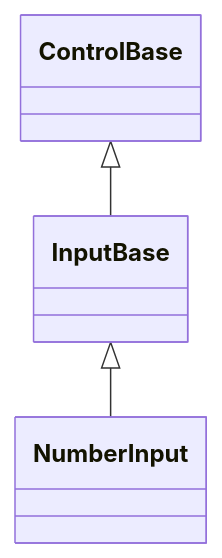
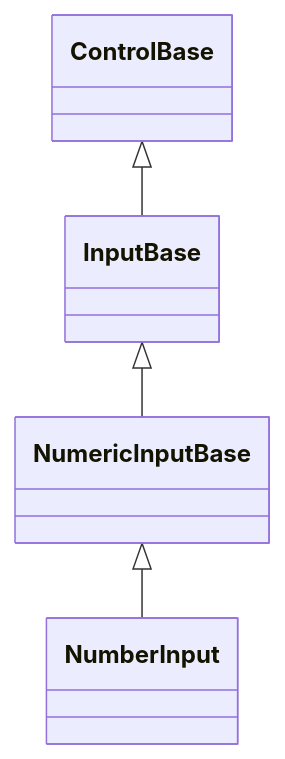
The diagram in docs/controls/input/number-input.md (pavkam/sharp-vision), drawn with Mermaid before and after one commit. The commit also changed other lines of this file and 27 other files, not shown here.

````diff
--- a/docs/controls/input/number-input.md
+++ b/docs/controls/input/number-input.md
@@ -55,5 +59,6 @@
 ```mermaid
 classDiagram
     ControlBase <|-- InputBase
-    InputBase <|-- NumberInput
+    InputBase <|-- NumericInputBase
+    NumericInputBase <|-- NumberInput
 ```
````
